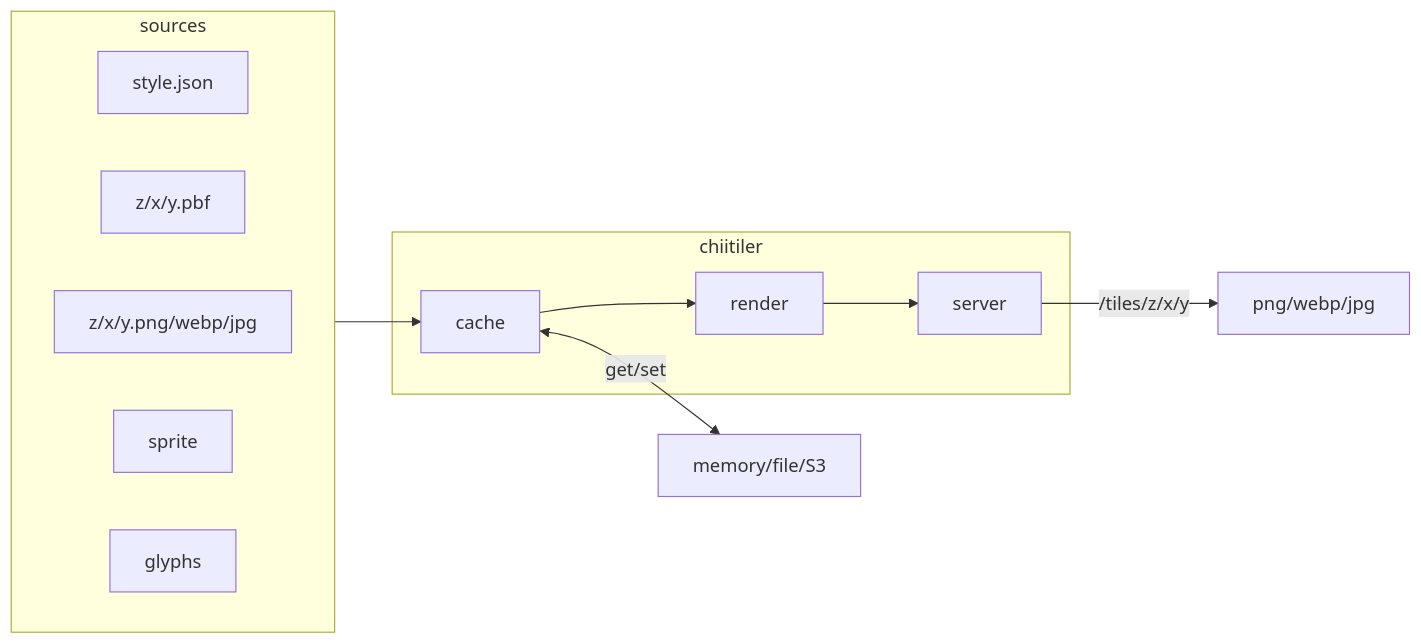
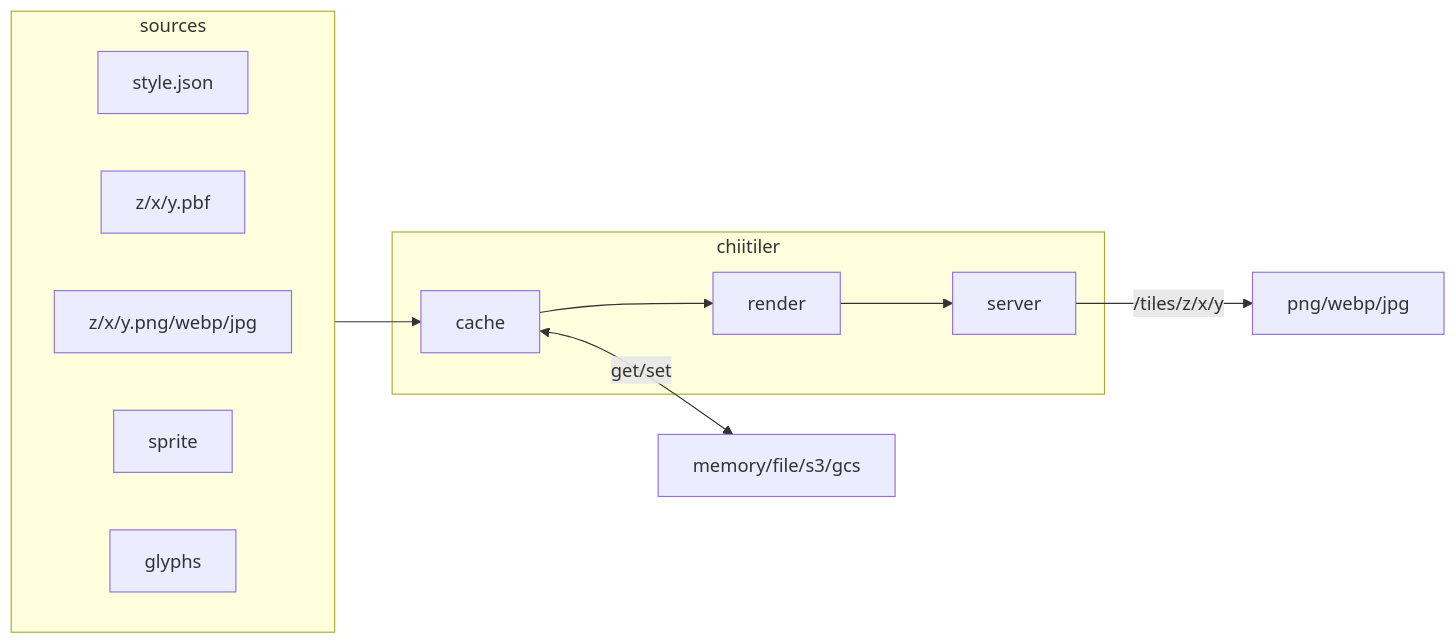
Before and after one commit to Kanahiro/chiitiler: the diagram in README.md, drawn with Mermaid. The commit also changed other lines of this file and 5 other files, not shown here.

````diff
--- a/README.md
+++ b/README.md
@@ -291,21 +291,21 @@
 ```mermaid
 graph LR
     subgraph sources
         direction LR
         A[style.json]
         z/x/y.pbf
         z/x/y.png/webp/jpg
         sprite
         glyphs
     end
 
     subgraph chiitiler
         cache
         render
         server
     end
 
 sources --> cache --> render --> server --/tiles/z/x/y--> png/webp/jpg
 
-cache <--get/set--> memory/file/S3
+cache <--get/set--> memory/file/s3/gcs
 ```
````
